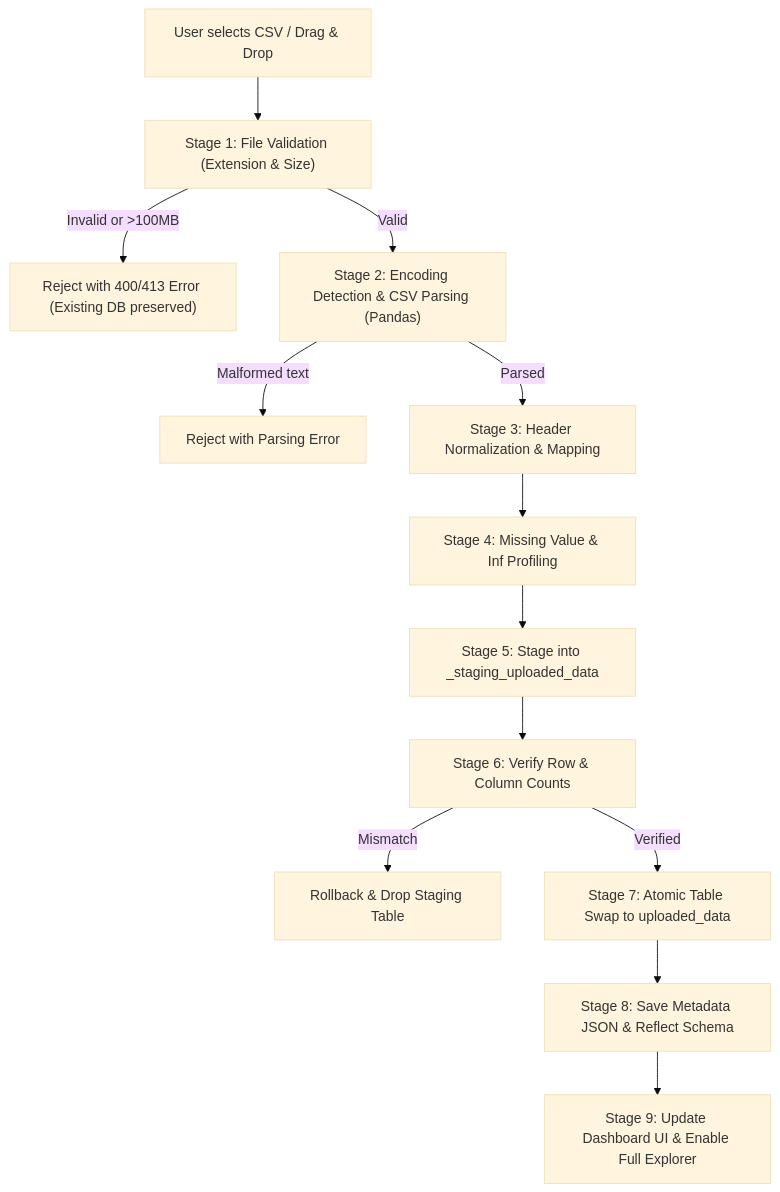
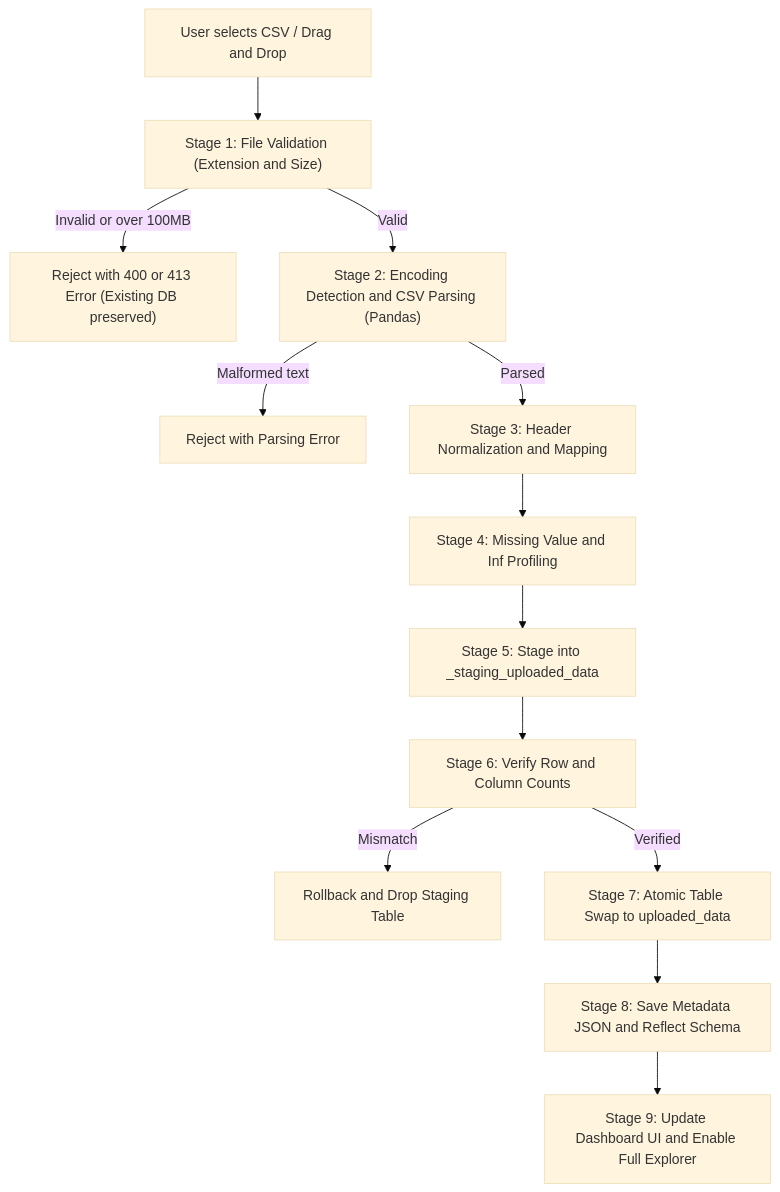
The third of 8 diagrams in README.md (sankaran-s2001/VoiceCSV-Analytics-Agent), drawn with Mermaid (base theme) before and after one commit. The commit also changed other lines of this file, not shown here.

Commit message:
fix(docs): resolve GitHub Mermaid diagram rendering errors and unescaped characters

````diff
--- a/README.md
+++ b/README.md
@@ -625,15 +625,15 @@
 ```mermaid
 flowchart TD
-    A["User selects CSV / Drag & Drop"] --> B["Stage 1: File Validation (Extension & Size)"]
-    B -->|"Invalid or >100MB"| Err1["Reject with 400/413 Error (Existing DB preserved)"]
-    B -->|"Valid"| C["Stage 2: Encoding Detection & CSV Parsing (Pandas)"]
+    A["User selects CSV / Drag and Drop"] --> B["Stage 1: File Validation (Extension and Size)"]
+    B -->|"Invalid or over 100MB"| Err1["Reject with 400 or 413 Error (Existing DB preserved)"]
+    B -->|"Valid"| C["Stage 2: Encoding Detection and CSV Parsing (Pandas)"]
     C -->|"Malformed text"| Err2["Reject with Parsing Error"]
-    C -->|"Parsed"| D["Stage 3: Header Normalization & Mapping"]
-    D --> E["Stage 4: Missing Value & Inf Profiling"]
+    C -->|"Parsed"| D["Stage 3: Header Normalization and Mapping"]
+    D --> E["Stage 4: Missing Value and Inf Profiling"]
     E --> F["Stage 5: Stage into _staging_uploaded_data"]
-    F --> G["Stage 6: Verify Row & Column Counts"]
-    G -->|"Mismatch"| Err3["Rollback & Drop Staging Table"]
+    F --> G["Stage 6: Verify Row and Column Counts"]
+    G -->|"Mismatch"| Err3["Rollback and Drop Staging Table"]
     G -->|"Verified"| H["Stage 7: Atomic Table Swap to uploaded_data"]
-    H --> I["Stage 8: Save Metadata JSON & Reflect Schema"]
-    I --> J["Stage 9: Update Dashboard UI & Enable Full Explorer"]
+    H --> I["Stage 8: Save Metadata JSON and Reflect Schema"]
+    I --> J["Stage 9: Update Dashboard UI and Enable Full Explorer"]
 ```
````
